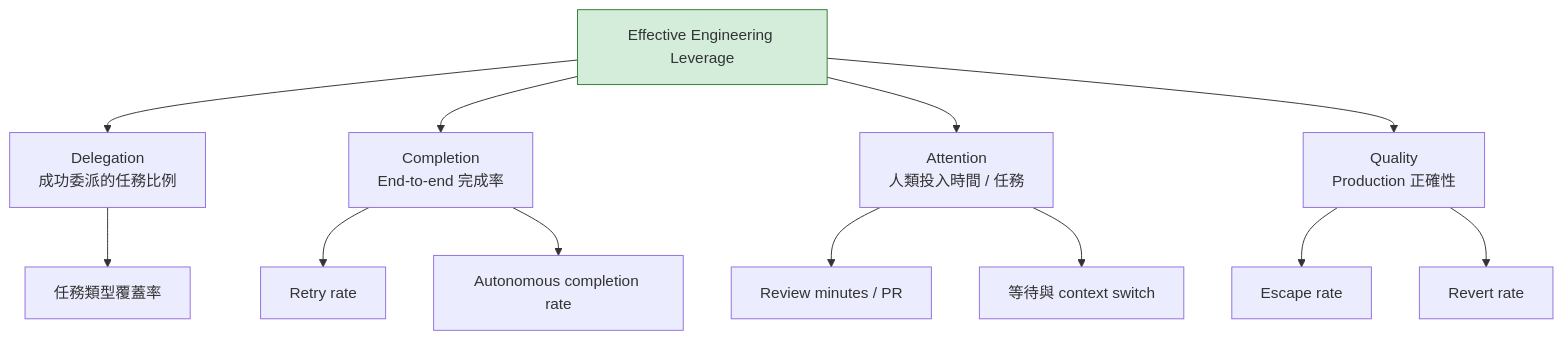
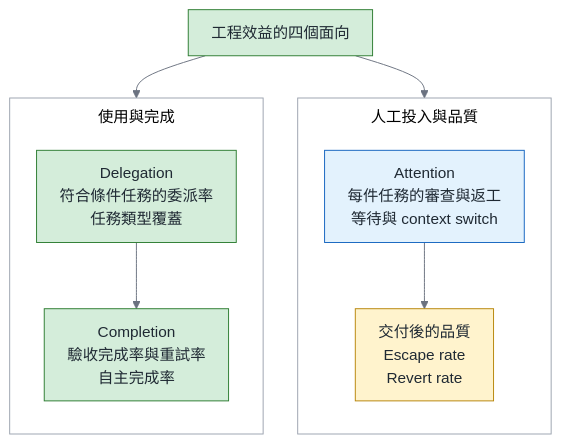
The second of 3 diagrams in 2026-11-agentic-eval-economics/article.md (fantasybz/medium-articles), drawn with Mermaid before and after one commit. The commit also changed other lines of this file and 69 other files, not shown here.

````diff
--- a/2026-11-agentic-eval-economics/article.md
+++ b/2026-11-agentic-eval-economics/article.md
@@ -149,15 +149,44 @@
 ```mermaid
-flowchart TD
-    NS["Effective Engineering Leverage"] --> A["Delegation<br/>成功委派的任務比例"]
-    NS --> B["Completion<br/>End-to-end 完成率"]
-    NS --> C["Attention<br/>人類投入時間 / 任務"]
-    NS --> D["Quality<br/>Production 正確性"]
-    A --> A1["任務類型覆蓋率"]
-    B --> B1["Retry rate"]
-    B --> B2["Autonomous completion rate"]
-    C --> C1["Review minutes / PR"]
-    C --> C2["等待與 context switch"]
-    D --> D1["Escape rate"]
-    D --> D2["Revert rate"]
-    style NS fill:#d4edda,stroke:#2e7d32
+---
+config:
+  theme: base
+  themeVariables:
+    fontSize: 16px
+    primaryColor: "#f8f9fa"
+    primaryTextColor: "#1f2933"
+    primaryBorderColor: "#6b7280"
+    lineColor: "#6b7280"
+    secondaryColor: "#f8f9fa"
+    tertiaryColor: "#ffffff"
+    clusterBkg: "#ffffff"
+    clusterBorder: "#9ca3af"
+    edgeLabelBackground: "#ffffff"
+  flowchart:
+    nodeSpacing: 36
+    rankSpacing: 44
+    padding: 12
+    htmlLabels: true
+    subGraphTitleMargin:
+      top: 8
+      bottom: 12
+    curve: basis
+---
+flowchart TB
+    classDef own fill:#d4edda,stroke:#2e7d32,color:#1f2933
+    classDef buy fill:#fff3cd,stroke:#b8860b,color:#1f2933
+    classDef bad fill:#ffe0e0,stroke:#c0392b,color:#1f2933
+    classDef human fill:#e3f2fd,stroke:#1565c0,color:#1f2933
+    NS["工程效益的四個面向"] --> delivery
+    NS --> outcomes
+    subgraph delivery["使用與完成"]
+      direction TB
+      A["Delegation<br/>符合條件任務的委派率<br/>任務類型覆蓋"] --> B["Completion<br/>驗收完成率與重試率<br/>自主完成率"]
+    end
+    subgraph outcomes["人工投入與品質"]
+      direction TB
+      C["Attention<br/>每件任務的審查與返工<br/>等待與 context switch"] --> D["交付後的品質<br/>Escape rate<br/>Revert rate"]
+    end
+    class NS,A,B own
+    class C human
+    class D buy
 ```
````
